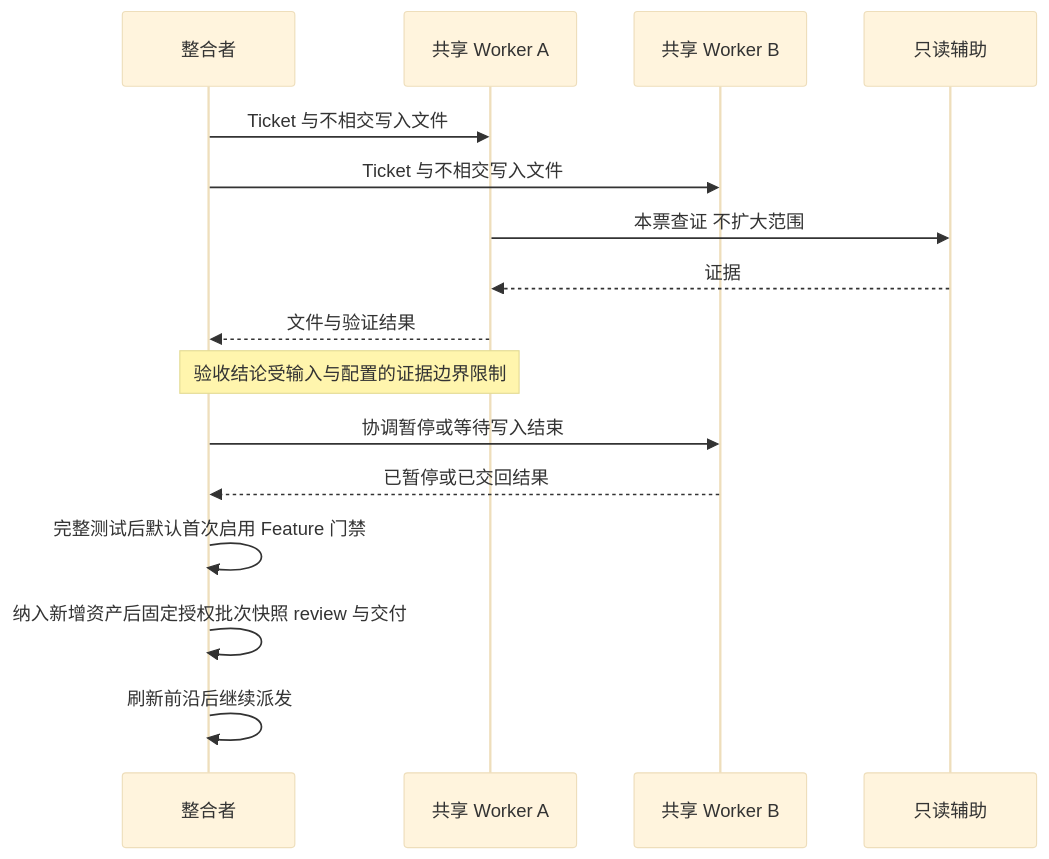
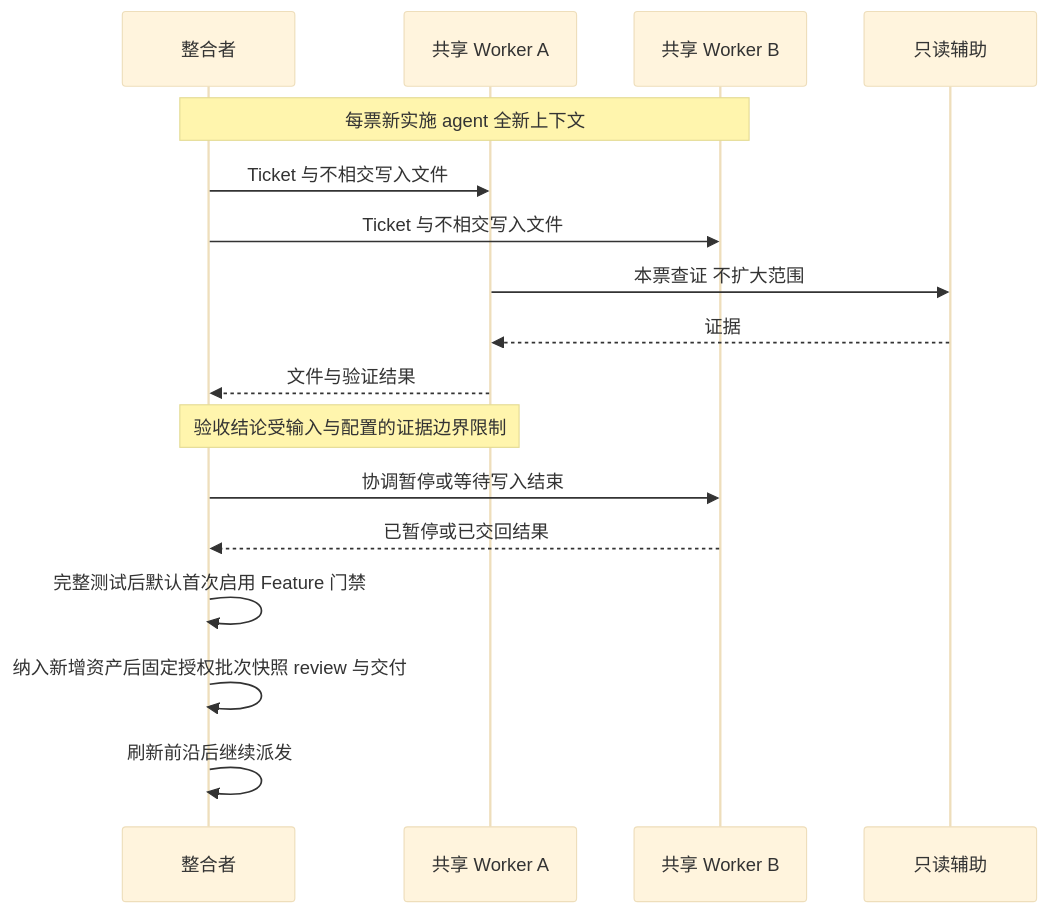
One commit to liu-qingyuan/skills-sync-lqy changed the fourth of 8 diagrams in docs/architecture/spec-implementation.md. Above: the diagram before and after it, drawn with Mermaid (base theme). The commit also changed other lines of this file and 191 other files, not shown here.

````diff
--- a/docs/architecture/spec-implementation.md
+++ b/docs/architecture/spec-implementation.md
@@ -51,18 +51,19 @@
 ```mermaid
 sequenceDiagram
     participant C as 整合者
     participant A as 共享 Worker A
     participant B as 共享 Worker B
     participant H as 只读辅助
+    Note over C,B: 每票新实施 agent 全新上下文
     C->>A: Ticket 与不相交写入文件
     C->>B: Ticket 与不相交写入文件
     A->>H: 本票查证 不扩大范围
     H-->>A: 证据
     A-->>C: 文件与验证结果
     Note over C,A: 验收结论受输入与配置的证据边界限制
     C->>B: 协调暂停或等待写入结束
     B-->>C: 已暂停或已交回结果
     C->>C: 完整测试后默认首次启用 Feature 门禁
     C->>C: 纳入新增资产后固定授权批次快照 review 与交付
     C->>C: 刷新前沿后继续派发
 ```
````
